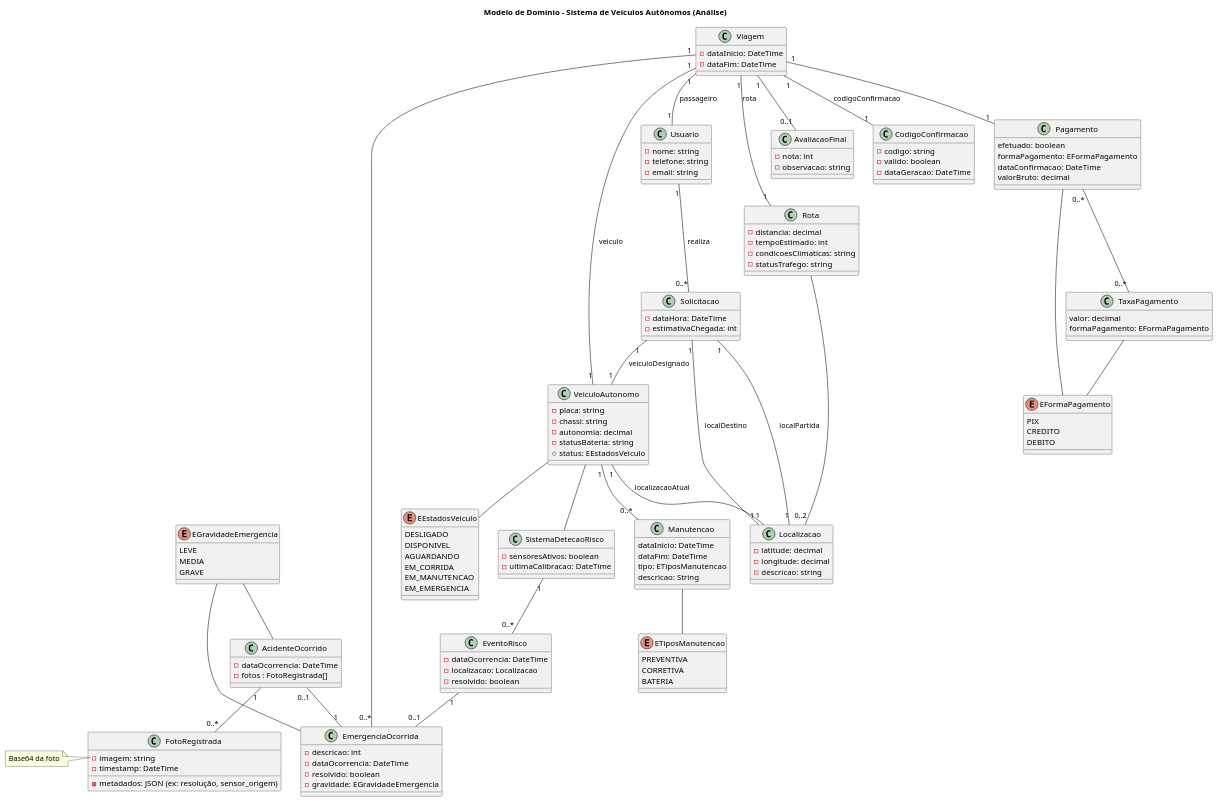
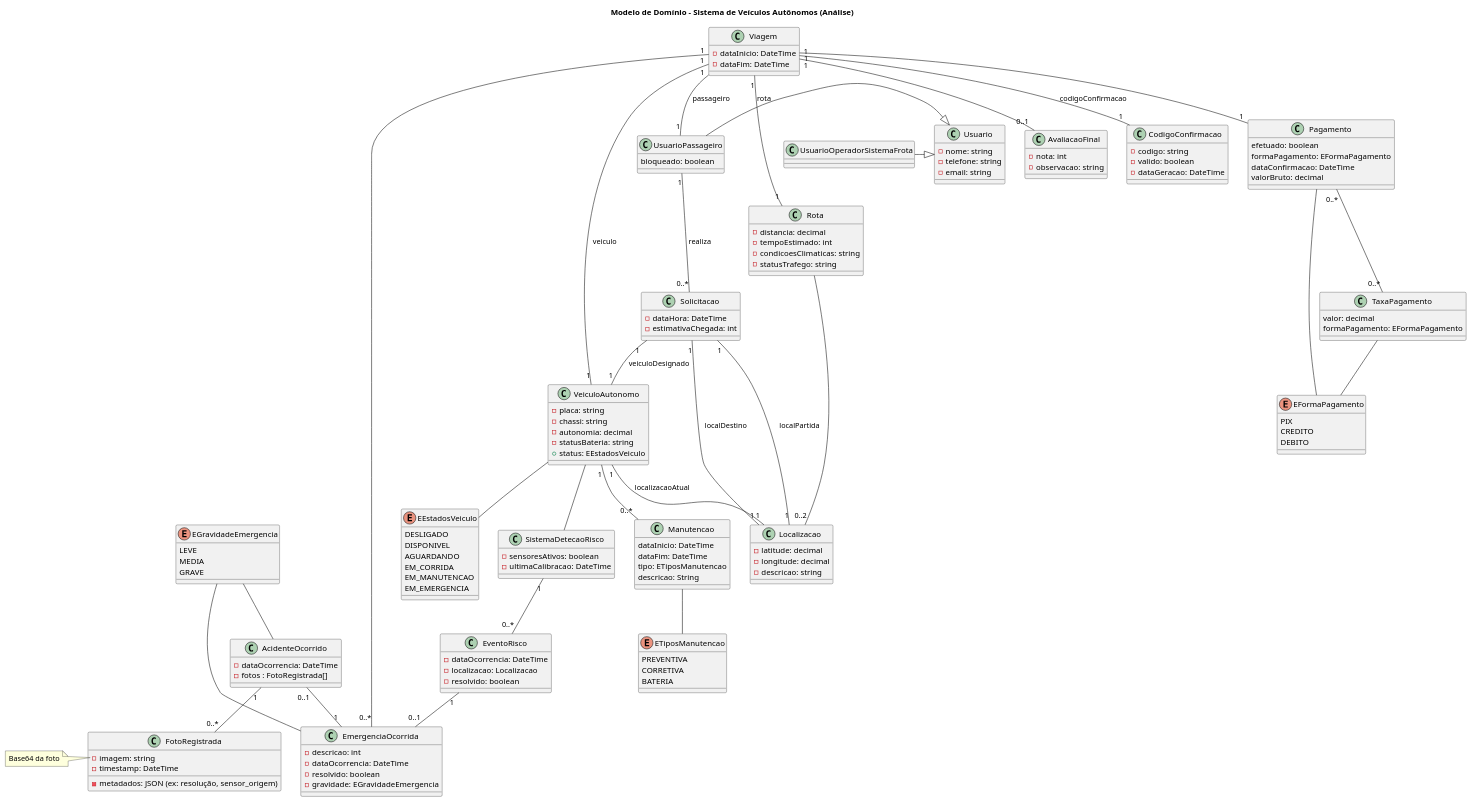
Before and after one commit to gilmarUFG/rs_es_20251_g6: the diagram in projeto_revisado/diagrama_classes/classe_analise.plantuml, drawn with PlantUML. The commit also changed 1 other file, not shown here.

Commit message:
feat: atualizar diagrama de classes e ajustar história de usuário HU08

```diff
--- a/projeto_revisado/diagrama_classes/classe_analise.plantuml
+++ b/projeto_revisado/diagrama_classes/classe_analise.plantuml
@@ -1,163 +1,173 @@
 @startuml
 title Modelo de Domínio - Sistema de Veículos Autônomos (Análise)
 
 class Usuario {
   - nome: string
   - telefone: string
   - email: string
 }
 
 class Localizacao {
   - latitude: decimal
   - longitude: decimal
   - descricao: string
 }
 
 class VeiculoAutonomo {
   - placa: string
   - chassi: string
   - autonomia: decimal
   - statusBateria: string
   + status: EEstadosVeiculo
 }
 
 class Manutencao {
   dataInicio: DateTime
   dataFim: DateTime
   tipo: ETiposManutencao
   descricao: String
 }
 
 Enum ETiposManutencao{
   PREVENTIVA
   CORRETIVA
   BATERIA
 }
 
 Enum EEstadosVeiculo{
   DESLIGADO
   DISPONIVEL
   AGUARDANDO
   EM_CORRIDA
   EM_MANUTENCAO
   EM_EMERGENCIA
 }
 
 class Solicitacao {
   - dataHora: DateTime
   - estimativaChegada: int
 }
 
 class Viagem {
   - dataInicio: DateTime
   - dataFim: DateTime
 }
 
 class AvaliacaoFinal {
     - nota: int
     - observacao: string
 }
 
 class EmergenciaOcorrida {
     - descricao: int
     - dataOcorrencia: DateTime
     - resolvido: boolean
     - gravidade: EGravidadeEmergencia
 }
 
 class AcidenteOcorrido{
     - dataOcorrencia: DateTime
     - fotos : FotoRegistrada[]
 }
 
 class FotoRegistrada{
   - imagem: string
   - timestamp: DateTime
   - metadados: JSON (ex: resolução, sensor_origem)
 }
 
 note left of FotoRegistrada::"imagem: string"
   Base64 da foto
 end note
 
 Enum EGravidadeEmergencia{
     LEVE
     MEDIA
     GRAVE
 }
 
 class CodigoConfirmacao {
   - codigo: string
   - valido: boolean
   - dataGeracao: DateTime
 }
 
 class Rota {
   - distancia: decimal
   - tempoEstimado: int
   - condicoesClimaticas: string
   - statusTrafego: string
 }
 
 class SistemaDetecaoRisco {
   - sensoresAtivos: boolean
   - ultimaCalibracao: DateTime
 }
 
 class EventoRisco {
   - dataOcorrencia: DateTime
   - localizacao: Localizacao
   - resolvido: boolean
 }
 
 class Pagamento {
   efetuado: boolean
   formaPagamento: EFormaPagamento
   dataConfirmacao: DateTime
   valorBruto: decimal
 }
 
 class TaxaPagamento{
   valor: decimal
   formaPagamento: EFormaPagamento
 }
 
 Enum EFormaPagamento {
 PIX
 CREDITO
 DEBITO
 }
 
-Usuario "1" -- "0..*" Solicitacao : realiza
+class UsuarioPassageiro{
+bloqueado: boolean
+}
+
+class UsuarioOperadorSistemaFrota {
+
+}
+
+UsuarioPassageiro -|> Usuario
+UsuarioOperadorSistemaFrota -|> Usuario
+UsuarioPassageiro "1" -- "0..*" Solicitacao : realiza
 Solicitacao "1" -- "1" Localizacao : localPartida
 Solicitacao "1" -- "1" Localizacao : localDestino
 Solicitacao "1" -- "1" VeiculoAutonomo : veiculoDesignado
 
-Viagem "1" -- "1" Usuario : passageiro
+Viagem "1" -- "1" UsuarioPassageiro : passageiro
 Viagem "1" -- "1" VeiculoAutonomo : veiculo
 Viagem "1" -- "1" CodigoConfirmacao : codigoConfirmacao
 Viagem "1" -- "1" Rota : rota
 Viagem "1" -- "0..1" AvaliacaoFinal
 Viagem "1" -- "0..*" EmergenciaOcorrida
 Viagem "1" -- "1" Pagamento
 
 Pagamento -- EFormaPagamento
 Pagamento "0..*" -- "0..*" TaxaPagamento
 TaxaPagamento -- EFormaPagamento
 
 EGravidadeEmergencia -- EmergenciaOcorrida
 AcidenteOcorrido "0..1" -- "1" EmergenciaOcorrida
 EGravidadeEmergencia -- AcidenteOcorrido
 AcidenteOcorrido "1" -- "0..*" FotoRegistrada
 
 VeiculoAutonomo "1" -- "1" Localizacao : localizacaoAtual
 VeiculoAutonomo -- SistemaDetecaoRisco
 VeiculoAutonomo -- EEstadosVeiculo
 VeiculoAutonomo "1" -- "0..*" Manutencao
 Rota -- "0..2" Localizacao
 
 Manutencao -- ETiposManutencao
 
 SistemaDetecaoRisco "1" -- "0..*" EventoRisco
 EventoRisco "1" -- "0..1" EmergenciaOcorrida
 @enduml
```
